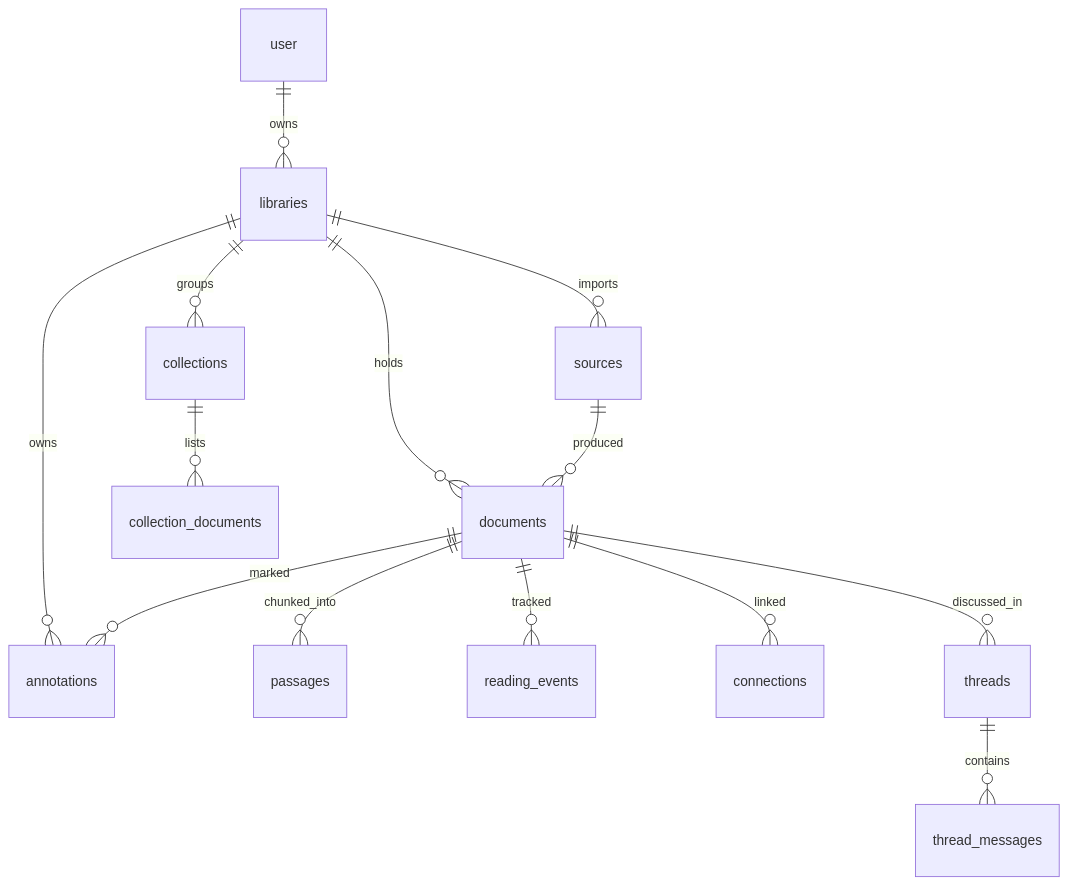
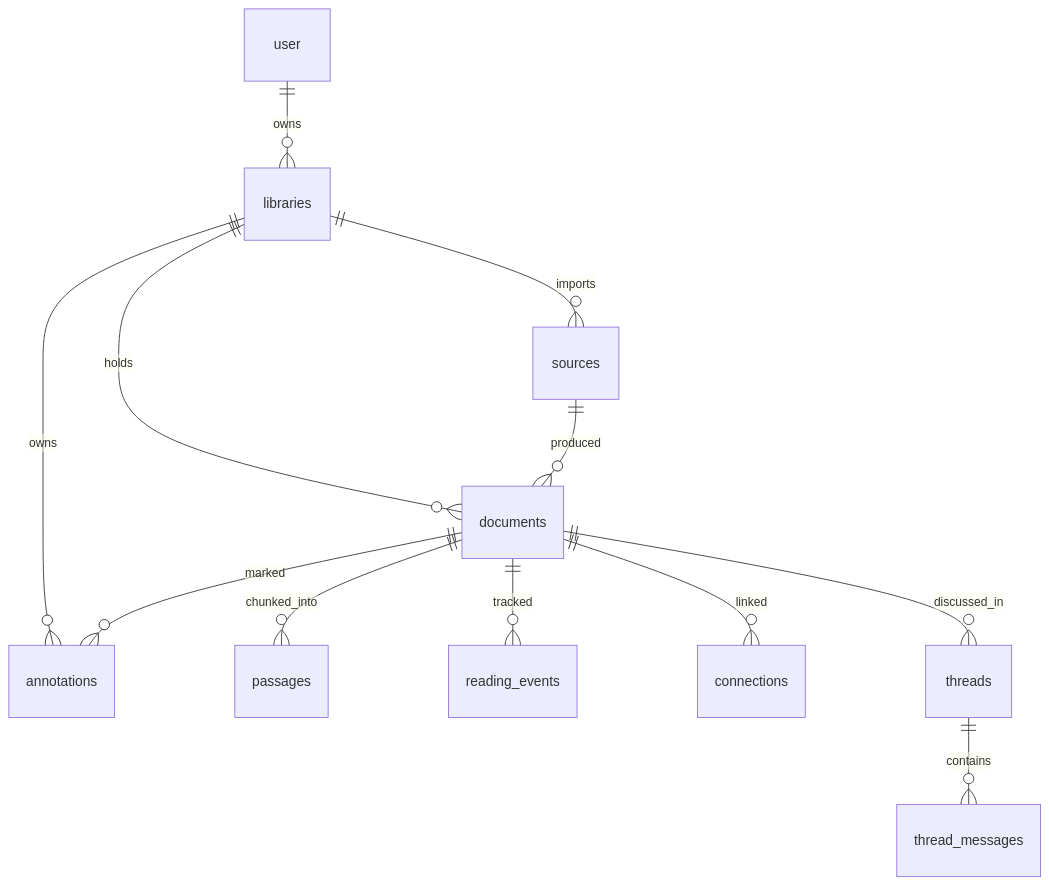
The fourth of 5 diagrams in ARCHITECTURE.md (SouravInsights/curio), drawn with Mermaid before and after one commit. The commit also changed other lines of this file and 49 other files, not shown here.

````diff
--- a/ARCHITECTURE.md
+++ b/ARCHITECTURE.md
@@ -184,16 +184,14 @@
 ```mermaid
 erDiagram
     user ||--o{ libraries : owns
     libraries ||--o{ sources : imports
     libraries ||--o{ documents : holds
     libraries ||--o{ annotations : owns
-    libraries ||--o{ collections : groups
     sources ||--o{ documents : produced
     documents ||--o{ passages : chunked_into
     documents ||--o{ annotations : marked
     documents ||--o{ reading_events : tracked
     documents ||--o{ connections : linked
     documents ||--o{ threads : discussed_in
     threads ||--o{ thread_messages : contains
-    collections ||--o{ collection_documents : lists
 ```
````
